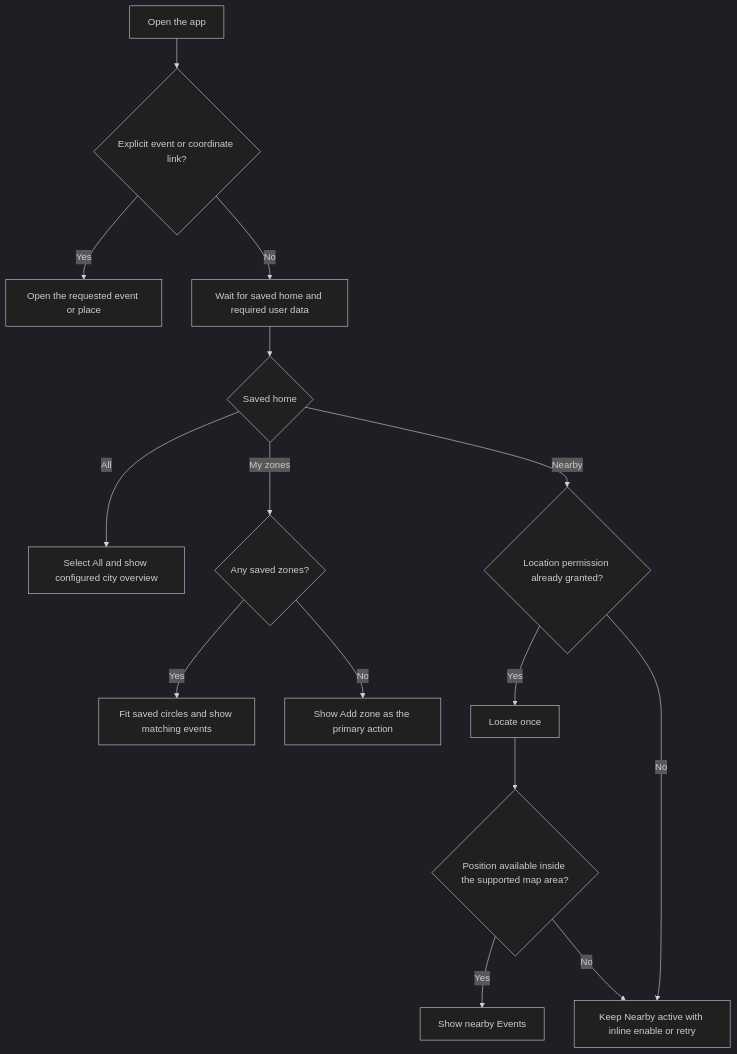
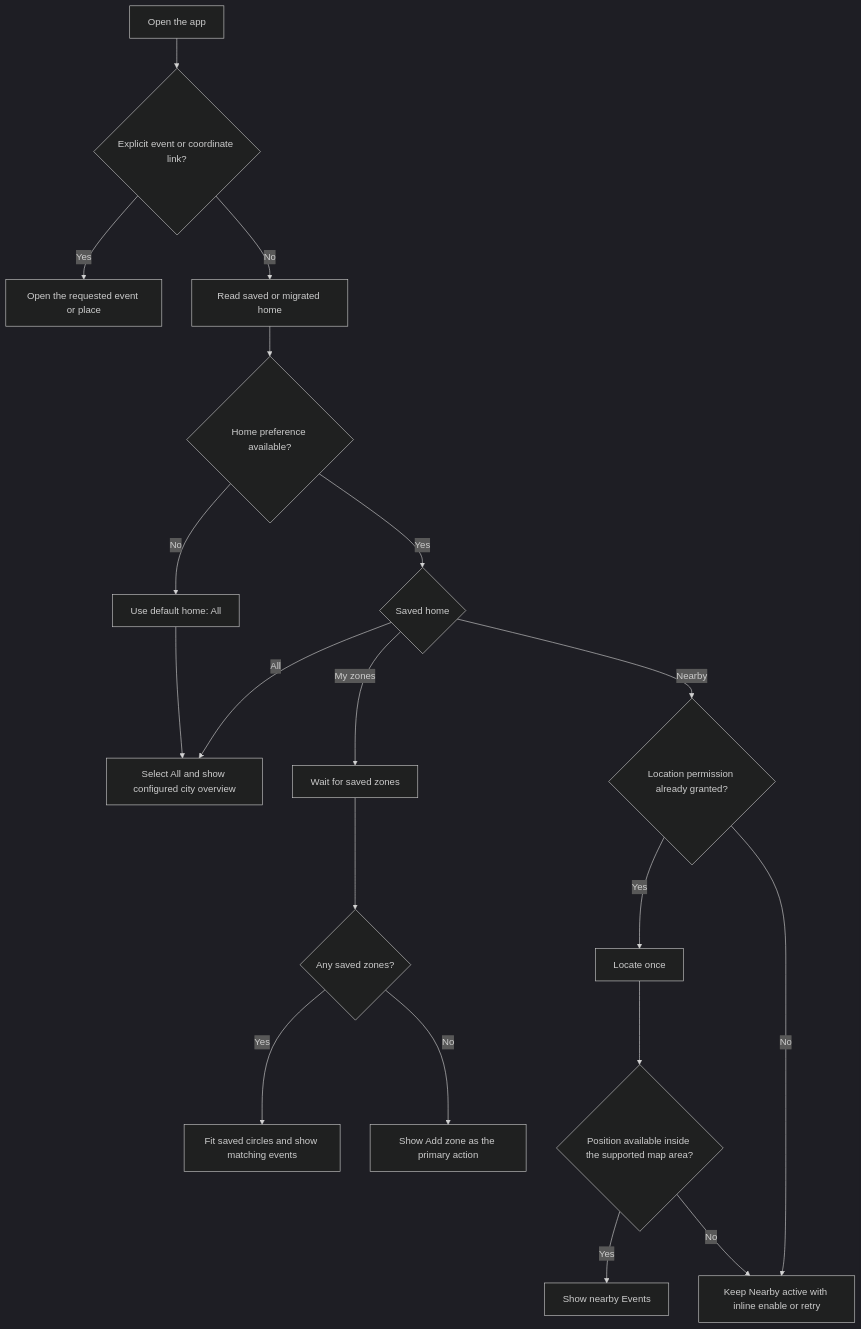
The first of 4 diagrams in docs/ux/user-journeys.md (vbuch/oboapp), drawn with Mermaid (dark theme) before and after one commit. The commit also changed other lines of this file and 2 other files, not shown here.

Commit message:
docs(ux): clarify default home and optimistic save journey

````diff
--- a/docs/ux/user-journeys.md
+++ b/docs/ux/user-journeys.md
@@ -20,17 +21,22 @@
 ```mermaid
 flowchart TD
     Open[Open the app] --> Link{Explicit event or coordinate link?}
     Link -->|Yes| Focus[Open the requested event or place]
-    Link -->|No| Load[Wait for saved home and required user data]
-    Load --> Home{Saved home}
+    Link -->|No| Load[Read saved or migrated home]
+    Load --> Saved{Home preference available?}
+    Saved -->|No| Default[Use default home: All]
+    Default --> City
+    Saved -->|Yes| Home{Saved home}
     Home -->|All| City[Select All and show configured city overview]
-    Home -->|My zones| Zones{Any saved zones?}
+    Home -->|My zones| ZoneData[Wait for saved zones]
+    ZoneData --> Zones{Any saved zones?}
     Zones -->|Yes| Matches[Fit saved circles and show matching events]
     Zones -->|No| Empty[Show Add zone as the primary action]
     Home -->|Nearby| Permission{Location permission already granted?}
     Permission -->|Yes| Locate[Locate once]
     Permission -->|No| Recovery[Keep Nearby active with inline enable or retry]
     Locate --> Position{Position available inside the supported map area?}
     Position -->|Yes| Nearby[Show nearby Events]
     Position -->|No| Recovery
+    click Matches "../features/multi-zone-support.md#matching-events" "Event matching and map fitting specifications"
 ```
````
